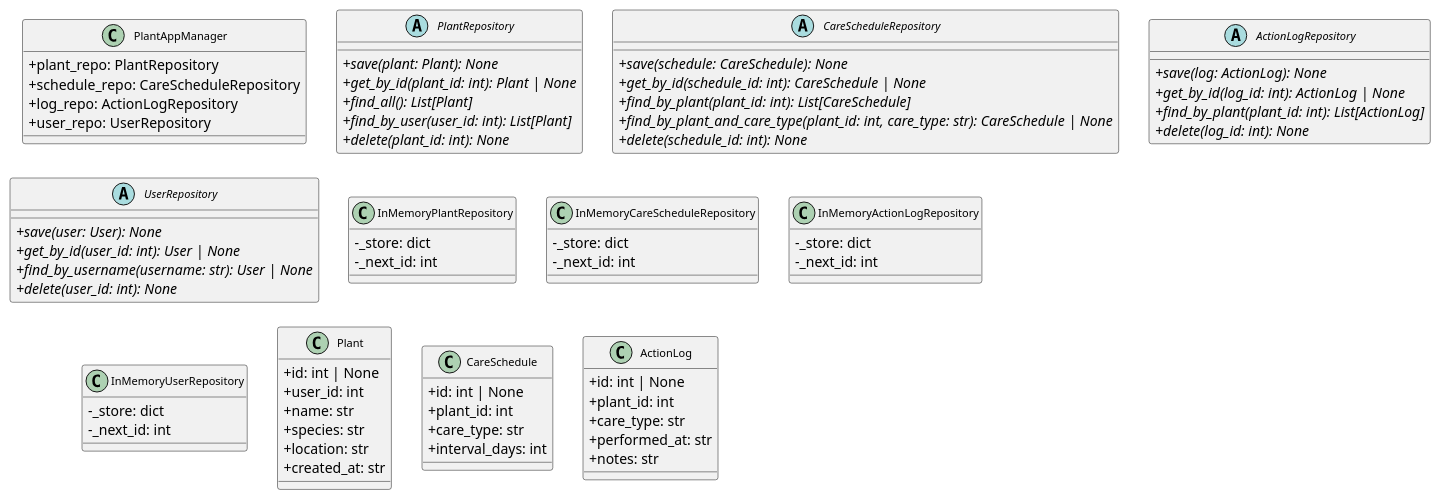
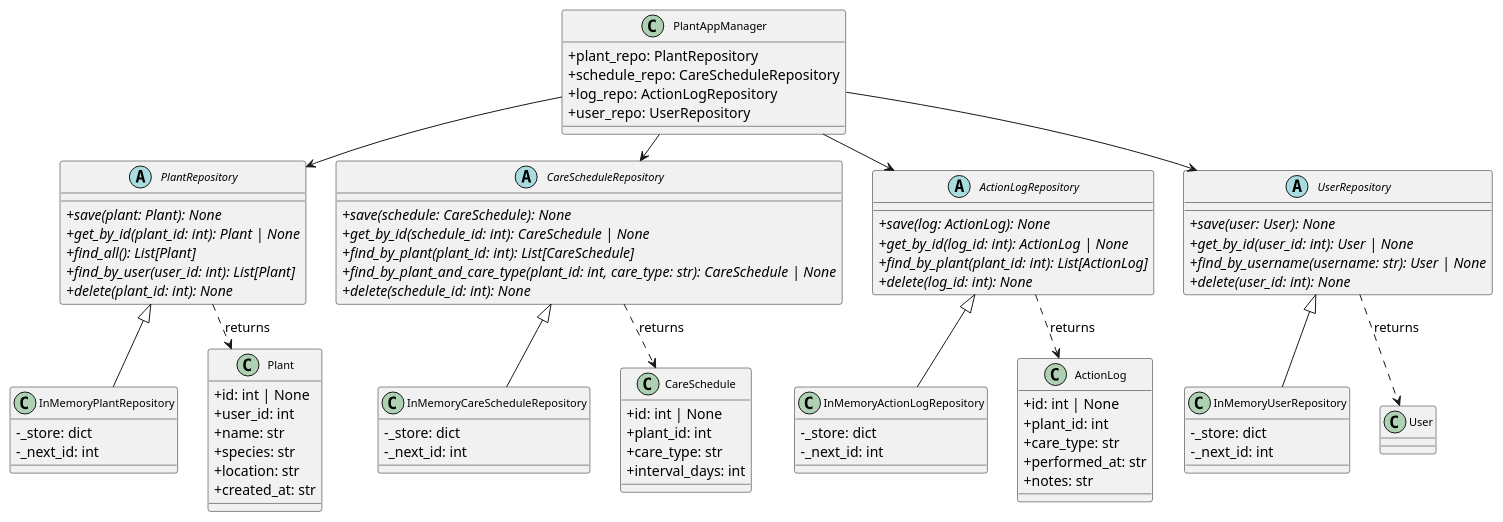
The diagram in diagrams/us4_repository_pattern.puml (Annika-Ostendorp/pflanzenkalender-teil-2), drawn with PlantUML before and after one commit.

Commit message:
Added dependency/inheritance relationships and return dependencies

```diff
--- a/diagrams/us4_repository_pattern.puml
+++ b/diagrams/us4_repository_pattern.puml
@@ -1,98 +1,118 @@
 @startuml repository-pattern
 skinparam classAttributeIconSize 0
 skinparam classFontSize 11
 skinparam nodesep 30
 skinparam ranksep 25
 top to bottom direction
 
 
 class PlantAppManager {
   +plant_repo: PlantRepository
   +schedule_repo: CareScheduleRepository
   +log_repo: ActionLogRepository
   +user_repo: UserRepository
 }
 
 
 abstract class PlantRepository {
   {abstract} +save(plant: Plant): None
   {abstract} +get_by_id(plant_id: int): Plant | None
   {abstract} +find_all(): List[Plant]
   {abstract} +find_by_user(user_id: int): List[Plant]
   {abstract} +delete(plant_id: int): None
 }
 
 
 abstract class CareScheduleRepository {
   {abstract} +save(schedule: CareSchedule): None
   {abstract} +get_by_id(schedule_id: int): CareSchedule | None
   {abstract} +find_by_plant(plant_id: int): List[CareSchedule]
   {abstract} +find_by_plant_and_care_type(plant_id: int, care_type: str): CareSchedule | None
   {abstract} +delete(schedule_id: int): None
 }
 
 
 abstract class ActionLogRepository {
   {abstract} +save(log: ActionLog): None
   {abstract} +get_by_id(log_id: int): ActionLog | None
   {abstract} +find_by_plant(plant_id: int): List[ActionLog]
   {abstract} +delete(log_id: int): None
 }
 
 abstract class UserRepository {
   {abstract} +save(user: User): None
   {abstract} +get_by_id(user_id: int): User | None
   {abstract} +find_by_username(username: str): User | None
   {abstract} +delete(user_id: int): None
 }
 
 class InMemoryPlantRepository {
   -_store: dict
   -_next_id: int
 }
 
 
 class InMemoryCareScheduleRepository {
   -_store: dict
   -_next_id: int
 }
 
 
 class InMemoryActionLogRepository {
   -_store: dict
   -_next_id: int
 }
 
 class InMemoryUserRepository {
   -_store: dict
   -_next_id: int
 }
 
 
 class Plant {
   +id: int | None
   +user_id: int
   +name: str
   +species: str
   +location: str
   +created_at: str
 }
 
 class CareSchedule {
   +id: int | None
   +plant_id: int
   +care_type: str
   +interval_days: int
 }
 
 
 class ActionLog {
   +id: int | None
   +plant_id: int
   +care_type: str
   +performed_at: str
   +notes: str
 }
 
+' ── Dependency Inversion: Manager → abstract interfaces ──
+PlantAppManager --> PlantRepository
+PlantAppManager --> CareScheduleRepository
+PlantAppManager --> ActionLogRepository
+PlantAppManager --> UserRepository
+
+
+' ── Implementations ─────────────────────────────────────
+PlantRepository <|-- InMemoryPlantRepository
+CareScheduleRepository <|-- InMemoryCareScheduleRepository
+ActionLogRepository <|-- InMemoryActionLogRepository
+UserRepository <|-- InMemoryUserRepository
+
+
+' ── Repository returns domain models ─────────────────────
+PlantRepository ..> Plant : returns
+CareScheduleRepository ..> CareSchedule : returns
+ActionLogRepository ..> ActionLog : returns
+UserRepository ..> User : returns
+
 
 @enduml
```
